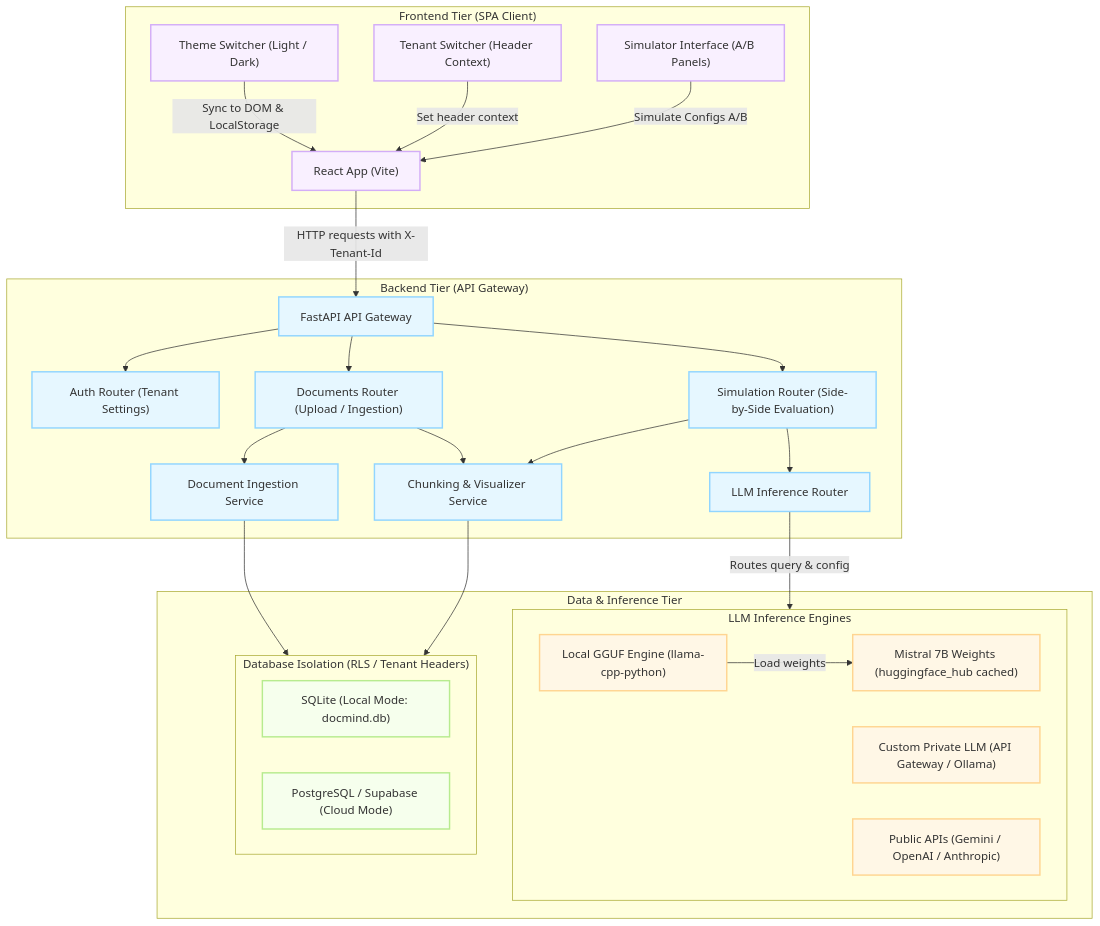
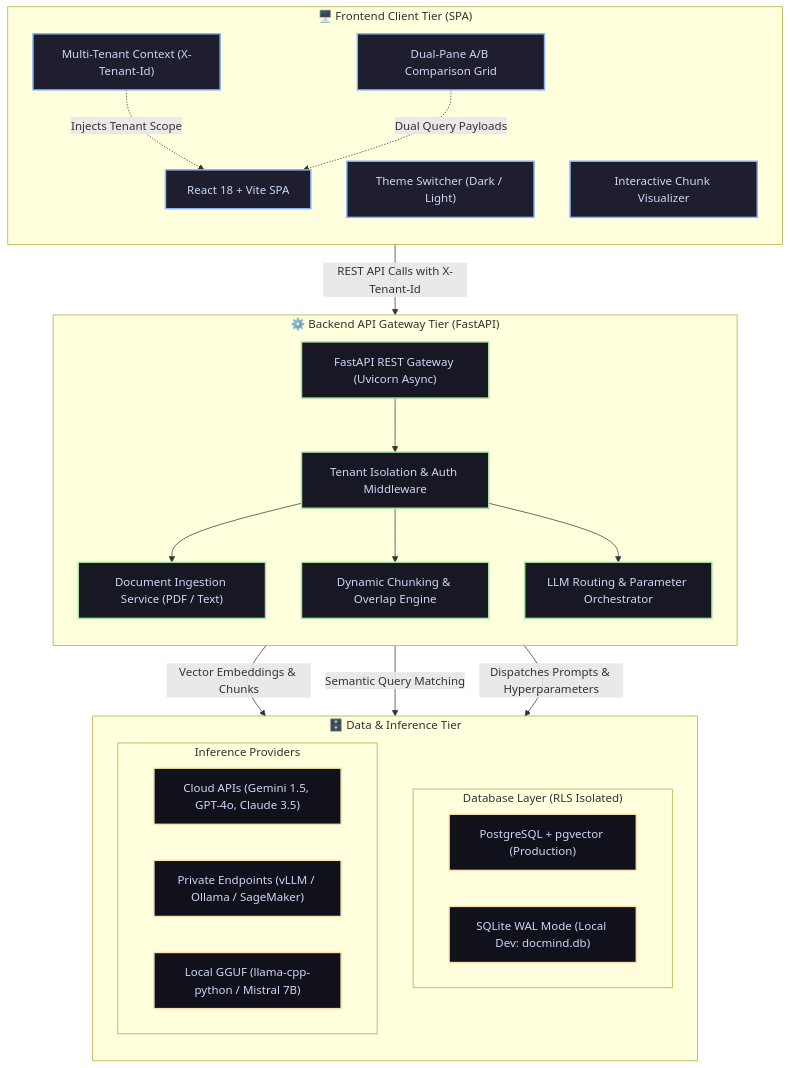
The diagram in README.md (sachincredible9/RAG-Parameter-Explorer), drawn with Mermaid before and after one commit. The commit also changed other lines of this file, not shown here.

Commit message:
docs: polish enterprise README with Mermaid architecture and system deep-dive

````diff
--- a/README.md
+++ b/README.md
@@ -13,66 +41,58 @@
 ```mermaid
-graph TD
-    %% Tiers & Nodes
-    subgraph Client ["Frontend Tier (SPA Client)"]
-        ReactApp["React App (Vite)"]
-        Theme["Theme Switcher (Light / Dark)"]
-        TenantSel["Tenant Switcher (Header Context)"]
-        Simulator["Simulator Interface (A/B Panels)"]
+flowchart TB
+    %% Client Tier
+    subgraph ClientTier ["🖥️ Frontend Client Tier (SPA)"]
+        direction TB
+        ReactApp["React 18 + Vite SPA"]
+        ThemeContext["Theme Switcher (Dark / Light)"]
+        TenantContext["Multi-Tenant Context (X-Tenant-Id)"]
+        SimEngine["Dual-Pane A/B Comparison Grid"]
+        ChunkViewer["Interactive Chunk Visualizer"]
     end
 
-    subgraph API ["Backend Tier (API Gateway)"]
-        FastAPI["FastAPI API Gateway"]
-        AuthRouter["Auth Router (Tenant Settings)"]
-        DocRouter["Documents Router (Upload / Ingestion)"]
-        SimRouter["Simulation Router (Side-by-Side Evaluation)"]
-        
-        DocService["Document Ingestion Service"]
-        ChunkService["Chunking & Visualizer Service"]
-        LLMService["LLM Inference Router"]
+    %% API Gateway Tier
+    subgraph APITier ["⚙️ Backend API Gateway Tier (FastAPI)"]
+        direction TB
+        FastAPIGw["FastAPI REST Gateway (Uvicorn Async)"]
+        AuthMiddleware["Tenant Isolation & Auth Middleware"]
+        DocIngestSvc["Document Ingestion Service (PDF / Text)"]
+        ChunkingEngine["Dynamic Chunking & Overlap Engine"]
+        InferenceRouter["LLM Routing & Parameter Orchestrator"]
     end
 
-    subgraph Data ["Data & Inference Tier"]
-        subgraph DB ["Database Isolation (RLS / Tenant Headers)"]
-            SQLite["SQLite (Local Mode: docmind.db)"]
-            Postgres["PostgreSQL / Supabase (Cloud Mode)"]
+    %% Data & Inference Tier
+    subgraph DataTier ["🗄️ Data & Inference Tier"]
+        direction TB
+        subgraph Storage ["Database Layer (RLS Isolated)"]
+            SupabasePG["PostgreSQL + pgvector (Production)"]
+            LocalSQLite["SQLite WAL Mode (Local Dev: docmind.db)"]
         end
-        
-        subgraph LLM ["LLM Inference Engines"]
-            LocalGGUF["Local GGUF Engine (llama-cpp-python)"]
-            MistralWeights["Mistral 7B Weights (huggingface_hub cached)"]
-            CustomLLM["Custom Private LLM (API Gateway / Ollama)"]
-            PublicLLM["Public APIs (Gemini / OpenAI / Anthropic)"]
+        subgraph Models ["Inference Providers"]
+            CloudLLM["Cloud APIs (Gemini 1.5, GPT-4o, Claude 3.5)"]
+            PrivateLLM["Private Endpoints (vLLM / Ollama / SageMaker)"]
+            EmbeddedLLM["Local GGUF (llama-cpp-python / Mistral 7B)"]
         end
     end
 
-    %% Flow Connections
-    ReactApp -->|HTTP requests with X-Tenant-Id| FastAPI
-    Theme -->|Sync to DOM & LocalStorage| ReactApp
-    TenantSel -->|Set header context| ReactApp
-    Simulator -->|Simulate Configs A/B| ReactApp
+    %% Interconnections
+    ReactApp -->|REST API Calls with X-Tenant-Id| FastAPIGw
+    TenantContext -.->|Injects Tenant Scope| ReactApp
+    SimEngine -.->|Dual Query Payloads| ReactApp
 
-    FastAPI --> AuthRouter
-    FastAPI --> DocRouter
-    FastAPI --> SimRouter
+    FastAPIGw --> AuthMiddleware
+    AuthMiddleware --> DocIngestSvc
+    AuthMiddleware --> ChunkingEngine
+    AuthMiddleware --> InferenceRouter
 
-    DocRouter --> DocService
-    DocRouter --> ChunkService
-    SimRouter --> ChunkService
-    SimRouter --> LLMService
+    DocIngestSvc -->|Vector Embeddings & Chunks| Storage
+    InferenceRouter -->|Semantic Query Matching| Storage
+    InferenceRouter -->|Dispatches Prompts & Hyperparameters| Models
 
-    DocService --> DB
-    ChunkService --> DB
-    
-    LLMService -->|Routes query & config| LLM
-    LocalGGUF -->|Load weights| MistralWeights
-    
-    classDef client fill:#f9f0ff,stroke:#d3adf7,stroke-width:2px;
-    classDef api fill:#e6f7ff,stroke:#91d5ff,stroke-width:2px;
-    classDef db fill:#f6ffed,stroke:#b7eb8f,stroke-width:2px;
-    classDef llm fill:#fff7e6,stroke:#ffd591,stroke-width:2px;
-    
-    class ReactApp,Theme,TenantSel,Simulator client;
-    class FastAPI,AuthRouter,DocRouter,SimRouter,DocService,ChunkService,LLMService api;
-    class SQLite,Postgres db;
-    class LocalGGUF,MistralWeights,CustomLLM,PublicLLM llm;
+    classDef clientStyle fill:#1e1e2e,stroke:#89b4fa,stroke-width:2px,color:#cdd6f4;
+    classDef apiStyle fill:#181825,stroke:#a6e3a1,stroke-width:2px,color:#cdd6f4;
+    classDef dataStyle fill:#11111b,stroke:#f9e2af,stroke-width:2px,color:#cdd6f4;
+
+    class ReactApp,ThemeContext,TenantContext,SimEngine,ChunkViewer clientStyle;
+    class FastAPIGw,AuthMiddleware,DocIngestSvc,ChunkingEngine,InferenceRouter apiStyle;
+    class SupabasePG,LocalSQLite,CloudLLM,PrivateLLM,EmbeddedLLM dataStyle;
 ```
````
